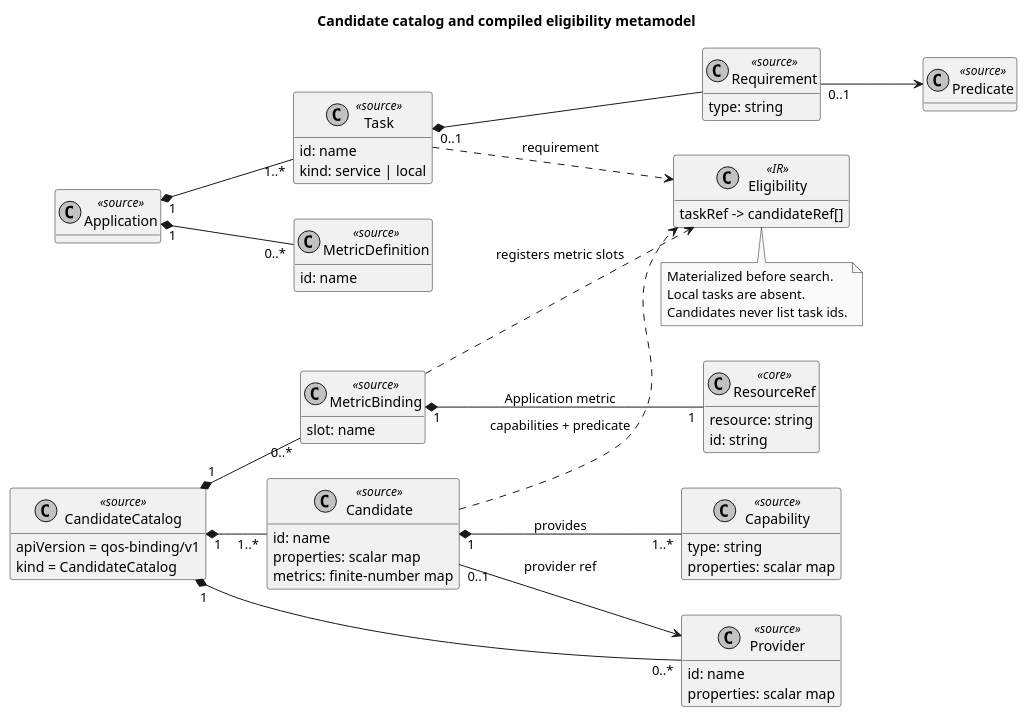
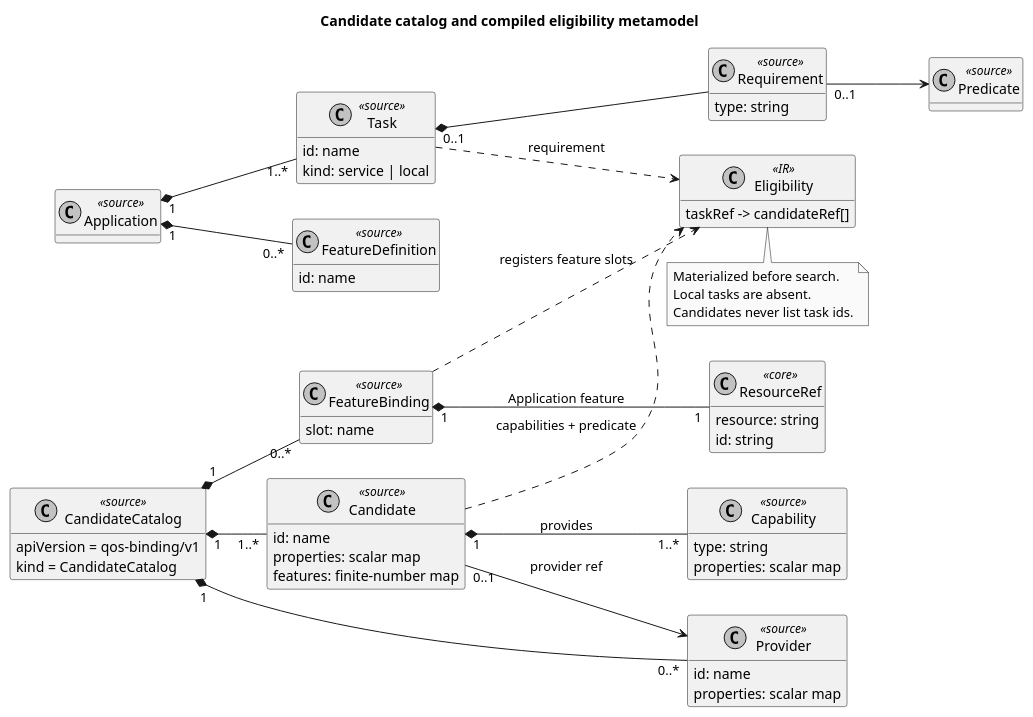
The diagram in docs/models/plantuml/02-catalog-eligibility.puml (isa-group/OpenBinding), drawn with PlantUML before and after one commit. The commit also changed 398 other files, not shown here.

First line of the commit message:
refactor(bim): migrate metrics to features across schemas, compiler, engines, and corpus

```diff
--- a/docs/models/plantuml/02-catalog-eligibility.puml
+++ b/docs/models/plantuml/02-catalog-eligibility.puml
@@ -1,70 +1,70 @@
 @startuml
 title Candidate catalog and compiled eligibility metamodel
 left to right direction
 hide methods
 skinparam monochrome true
 skinparam shadowing false
 skinparam classAttributeIconSize 0
 
 class Application <<source>>
 class Task <<source>> {
   id: name
   kind: service | local
 }
 class Requirement <<source>> {
   type: string
 }
-class MetricDefinition <<source>> {
+class FeatureDefinition <<source>> {
   id: name
 }
 class CandidateCatalog <<source>> {
   apiVersion = qos-binding/v1
   kind = CandidateCatalog
 }
 class Provider <<source>> {
   id: name
   properties: scalar map
 }
 class Candidate <<source>> {
   id: name
   properties: scalar map
-  metrics: finite-number map
+  features: finite-number map
 }
 class Capability <<source>> {
   type: string
   properties: scalar map
 }
-class MetricBinding <<source>> {
+class FeatureBinding <<source>> {
   slot: name
 }
 class ResourceRef <<core>> {
   resource: string
   id: string
 }
 class Eligibility <<IR>> {
   taskRef -> candidateRef[]
 }
 class Predicate <<source>>
 
 Application "1" *-- "1..*" Task
-Application "1" *-- "0..*" MetricDefinition
+Application "1" *-- "0..*" FeatureDefinition
 Task "0..1" *-- Requirement
 Requirement "0..1" --> Predicate
 
 CandidateCatalog "1" *-- "0..*" Provider
 CandidateCatalog "1" *-- "1..*" Candidate
-CandidateCatalog "1" *-- "0..*" MetricBinding
+CandidateCatalog "1" *-- "0..*" FeatureBinding
 Candidate "0..1" --> Provider : provider ref
 Candidate "1" *-- "1..*" Capability : provides
-MetricBinding "1" *-- "1" ResourceRef : Application metric
+FeatureBinding "1" *-- "1" ResourceRef : Application feature
 
 Task ..> Eligibility : requirement
 Candidate ..> Eligibility : capabilities + predicate
-MetricBinding ..> Eligibility : registers metric slots
+FeatureBinding ..> Eligibility : registers feature slots
 
 note bottom of Eligibility
   Materialized before search.
   Local tasks are absent.
   Candidates never list task ids.
 end note
 @enduml
```
